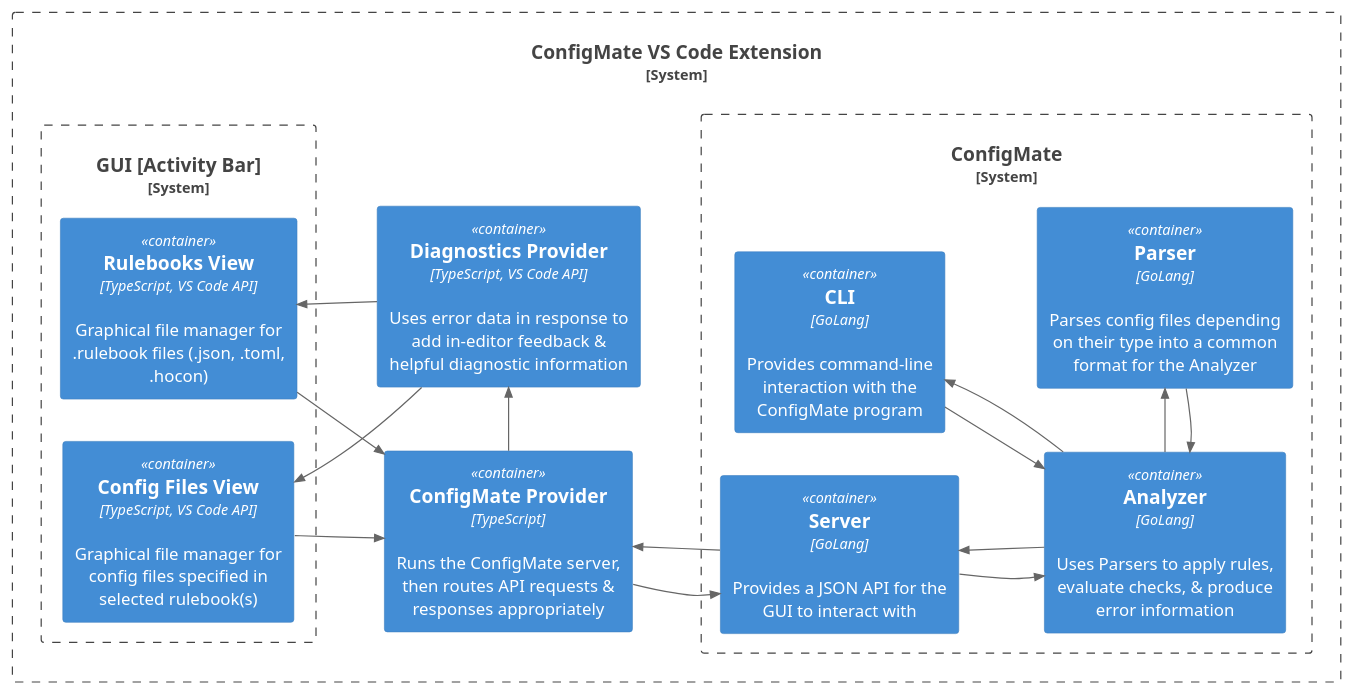
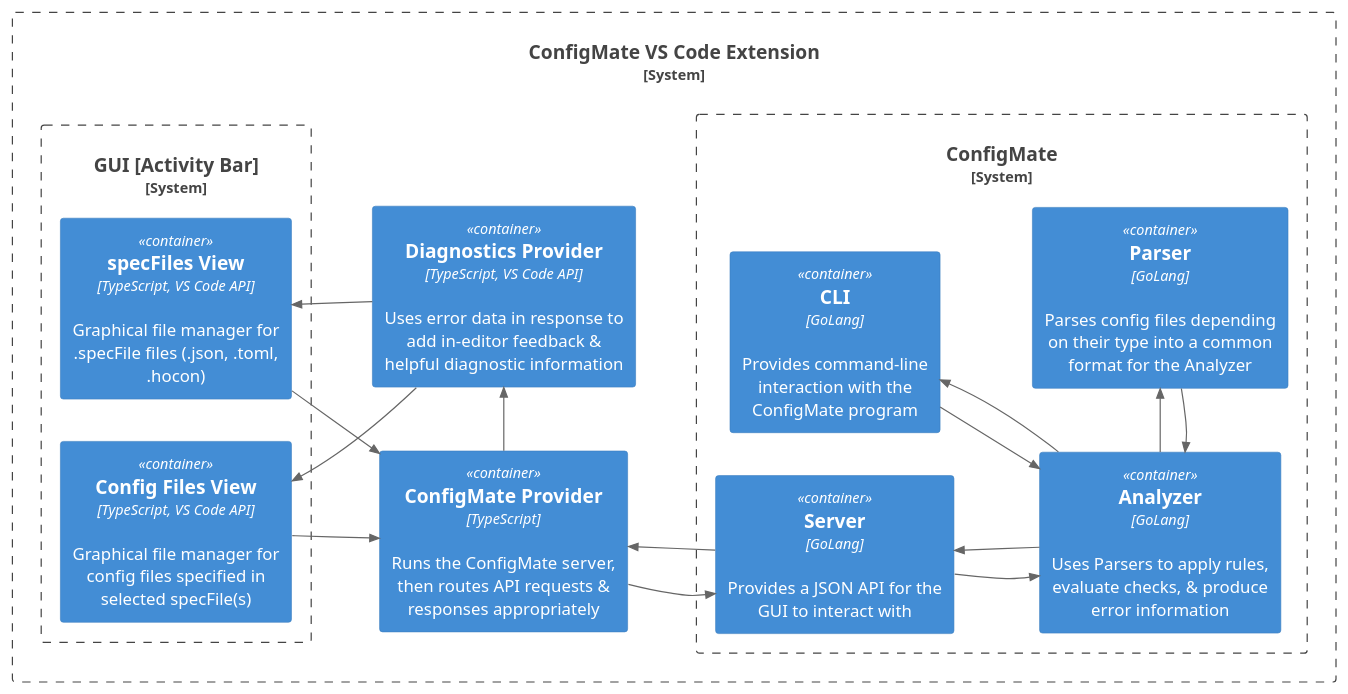
Before and after one commit to ConfigMate/configmate-gui: the diagram in diagrams/src/c4.plantuml, drawn with PlantUML. The commit also changed 12 other files, not shown here.

Commit message:
rulebook -> specFile

```diff
--- a/diagrams/src/c4.plantuml
+++ b/diagrams/src/c4.plantuml
@@ -1,39 +1,39 @@
 @startuml c4
 !include  https://raw.githubusercontent.com/plantuml-stdlib/C4-PlantUML/master/C4_Container.puml
 
 LAYOUT_LANDSCAPE()
 
 ' Person(user, "User", "Uses ConfigMate to manage config files")
 
 System_Boundary(extension, "ConfigMate VS Code Extension") {
 	System_Boundary(gui, "GUI [Activity Bar]") {
-		Container(rulebooks, "Rulebooks View", "TypeScript, VS Code API", "Graphical file manager for .rulebook files (.json, .toml, .hocon)")
-		Container(configFiles, "Config Files View", "TypeScript, VS Code API", "Graphical file manager for config files specified in selected rulebook(s)")
+		Container(specFiles, "specFiles View", "TypeScript, VS Code API", "Graphical file manager for .specFile files (.json, .toml, .hocon)")
+		Container(configFiles, "Config Files View", "TypeScript, VS Code API", "Graphical file manager for config files specified in selected specFile(s)")
 	}
 	Container(configmateProvider, "ConfigMate Provider", "TypeScript", "Runs the ConfigMate server, then routes API requests & responses appropriately")
 	Container(diagnosticsProvider, "Diagnostics Provider", "TypeScript, VS Code API", "Uses error data in response to add in-editor feedback & helpful diagnostic information")
 	System_Boundary(configmate, "ConfigMate") {
 		Container(cli, "CLI", "GoLang", "Provides command-line interaction with the ConfigMate program")
 		Container(analyzer, "Analyzer", "GoLang", "Uses Parsers to apply rules, evaluate checks, & produce error information")
 		Container(parser, "Parser", "GoLang", "Parses config files depending on their type into a common format for the Analyzer")
 		Container(server, "Server", "GoLang", "Provides a JSON API for the GUI to interact with")
 	}
 }
 Rel_R(configmateProvider, server, " ")
 Rel_L(server, configmateProvider, " ")
 Rel_D(configmateProvider, diagnosticsProvider, " ")
 
-Rel_R(rulebooks, configmateProvider, " ")
+Rel_R(specFiles, configmateProvider, " ")
 Rel_R(configFiles, configmateProvider, " ")
-Rel_L(diagnosticsProvider, rulebooks, " ")
+Rel_L(diagnosticsProvider, specFiles, " ")
 Rel_L(diagnosticsProvider, configFiles, " ")
 
 Rel_D(cli, analyzer, " ")
 Rel_L(analyzer, cli, " ")
 Rel_R(server, analyzer, " ")
 Rel_L(analyzer, server, " ")
 Rel_D(analyzer, parser, " ")
 Rel_U(parser, analyzer, " ")
 
 ' SHOW_FLOATING_LEGEND()
 @enduml
```
